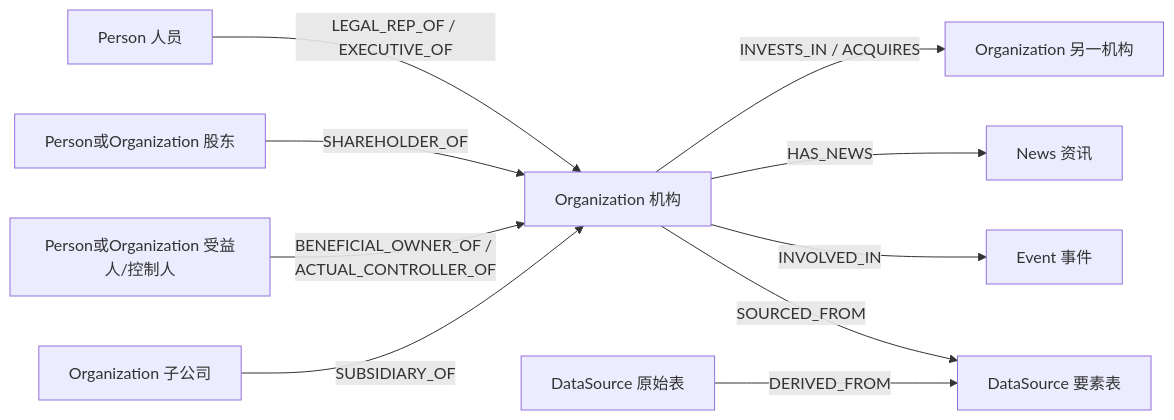
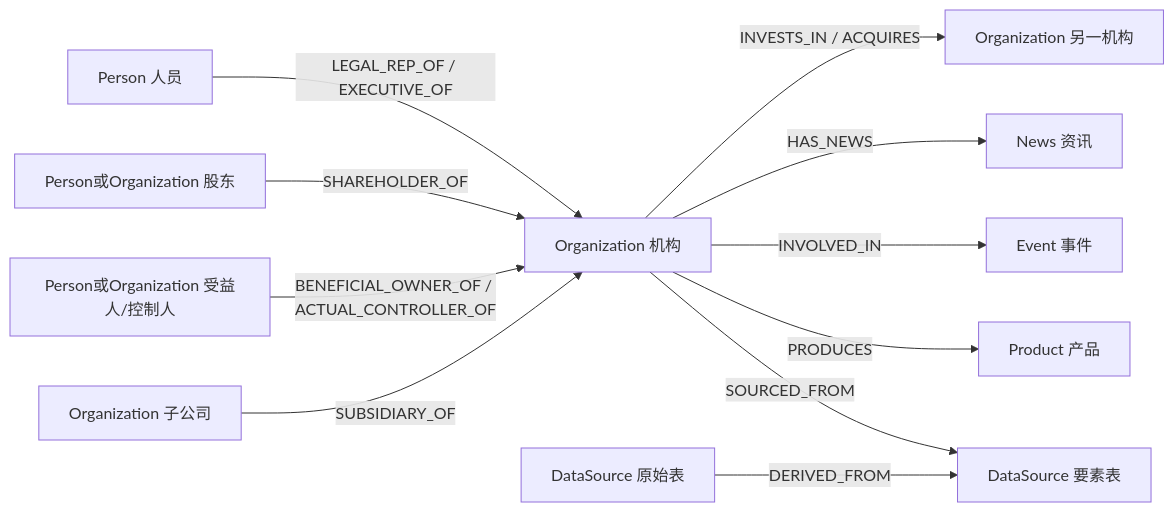
The first of 3 diagrams in backend/schemas/国内外机构要素库全字段图谱映射说明.md (Marisolebxf/tech-kg-api), drawn with Mermaid before and after one commit. The commit also changed other lines of this file and 17 other files, not shown here.

Commit message:
feat: add organization graph ETL and Milvus entity alignment

````diff
--- a/backend/schemas/国内外机构要素库全字段图谱映射说明.md
+++ b/backend/schemas/国内外机构要素库全字段图谱映射说明.md
@@ -64,12 +67,13 @@
 ```mermaid
 graph LR
     P["Person 人员"] -->|"LEGAL_REP_OF / EXECUTIVE_OF"| O["Organization 机构"]
     S["Person或Organization 股东"] -->|"SHAREHOLDER_OF"| O
     B["Person或Organization 受益人/控制人"] -->|"BENEFICIAL_OWNER_OF / ACTUAL_CONTROLLER_OF"| O
     O -->|"INVESTS_IN / ACQUIRES"| O2["Organization 另一机构"]
     C["Organization 子公司"] -->|"SUBSIDIARY_OF"| O
     O -->|"HAS_NEWS"| N["News 资讯"]
     O -->|"INVOLVED_IN"| E["Event 事件"]
+    O -->|"PRODUCES"| PD["Product 产品"]
     O -->|"SOURCED_FROM"| D["DataSource 要素表"]
     R["DataSource 原始表"] -->|"DERIVED_FROM"| D
 ```
````
